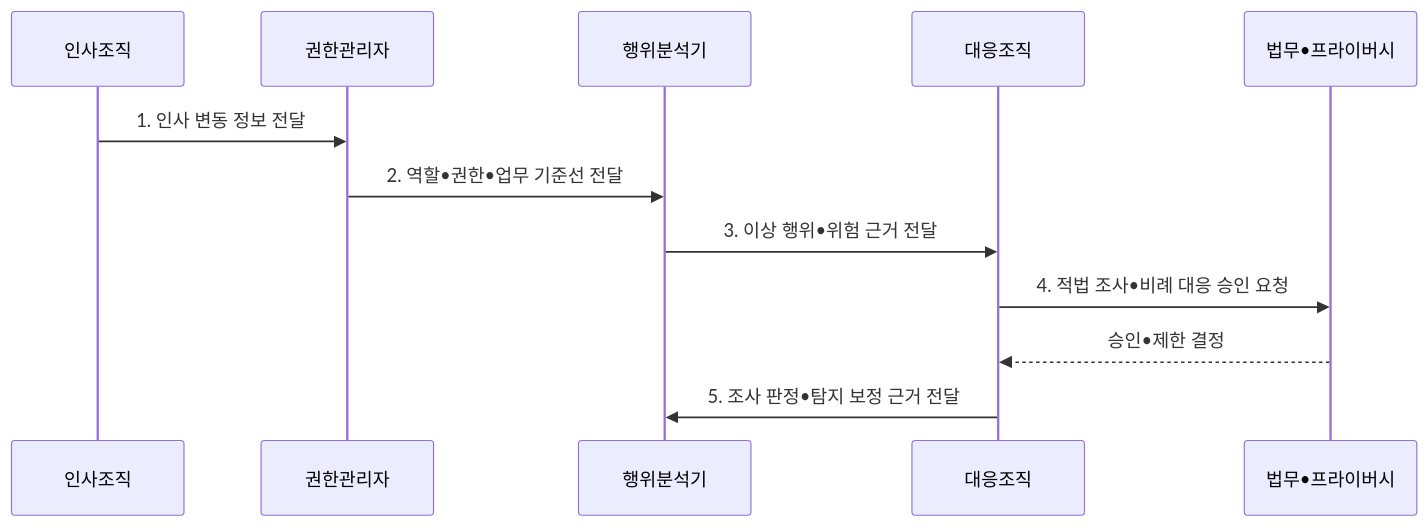
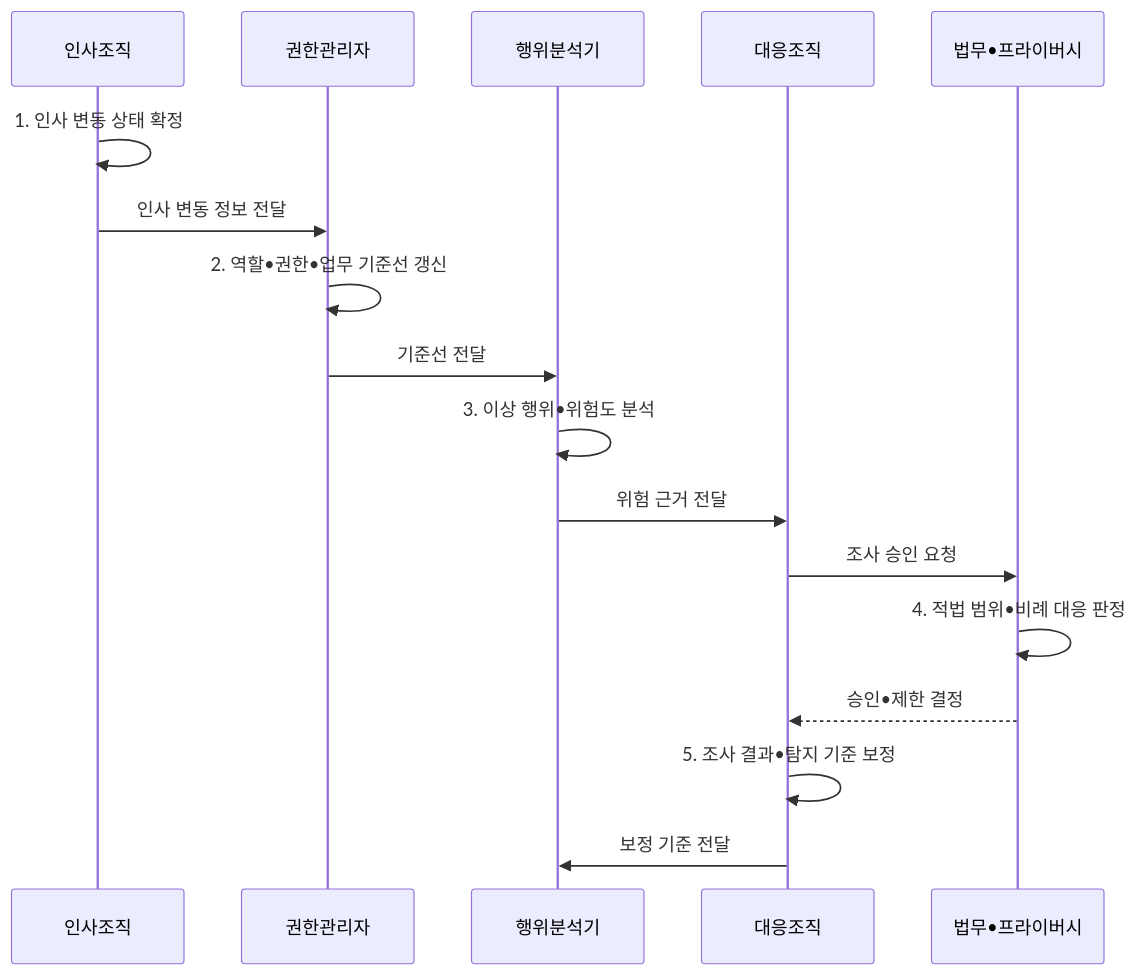
Before and after one commit to agnusdei1207/knowledge-base: the second of 2 diagrams in src/content/docs/notes/05-security/113_insider_threat_management.md, drawn with Mermaid. The commit also changed other lines of this file and 20 other files, not shown here.

````diff
--- a/src/content/docs/notes/05-security/113_insider_threat_management.md
+++ b/src/content/docs/notes/05-security/113_insider_threat_management.md
@@ -104,14 +104,19 @@
 ```mermaid
 sequenceDiagram
   participant H as 인사조직
   participant I as 권한관리자
   participant A as 행위분석기
   participant R as 대응조직
   participant L as 법무•프라이버시
-  H->>I: 1. 인사 변동 정보 전달
-  I->>A: 2. 역할•권한•업무 기준선 전달
-  A->>R: 3. 이상 행위•위험 근거 전달
-  R->>L: 4. 적법 조사•비례 대응 승인 요청
+  H->>H: 1. 인사 변동 상태 확정
+  H->>I: 인사 변동 정보 전달
+  I->>I: 2. 역할•권한•업무 기준선 갱신
+  I->>A: 기준선 전달
+  A->>A: 3. 이상 행위•위험도 분석
+  A->>R: 위험 근거 전달
+  R->>L: 조사 승인 요청
+  L->>L: 4. 적법 범위•비례 대응 판정
   L-->>R: 승인•제한 결정
-  R->>A: 5. 조사 판정•탐지 보정 근거 전달
+  R->>R: 5. 조사 결과•탐지 기준 보정
+  R->>A: 보정 기준 전달
 ```
````
